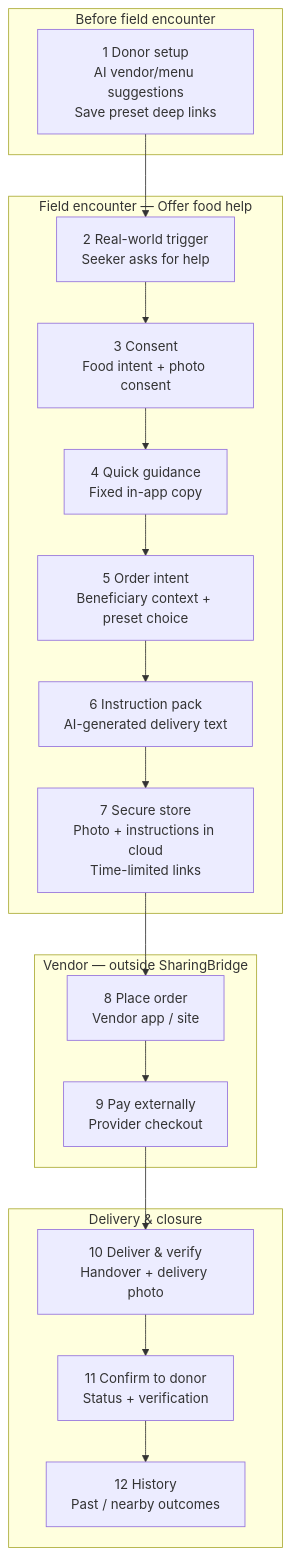
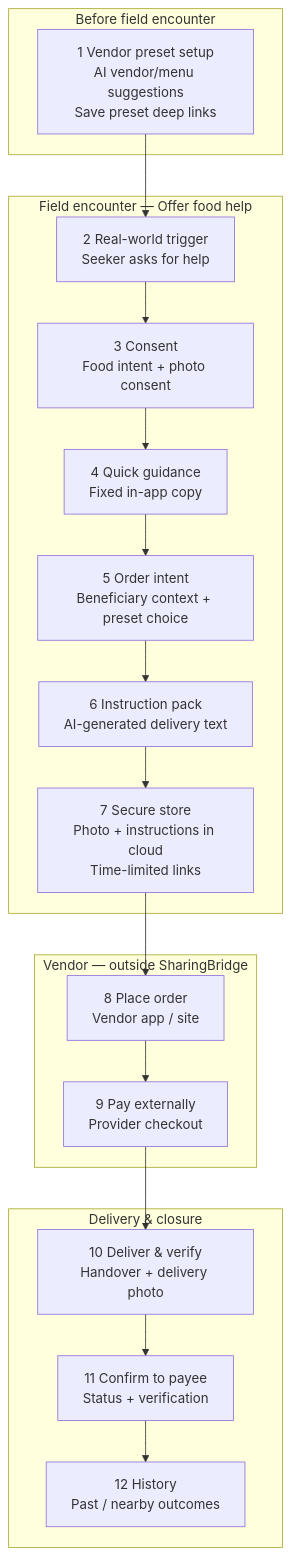
One commit to sharingbridge/sharingbridge changed the first of 4 diagrams in design/SharingBridge_End_to_End_Workflow.md. Above: the diagram before and after it, drawn with Mermaid. The commit also changed other lines of this file and 36 other files, not shown here.

````diff
--- a/design/SharingBridge_End_to_End_Workflow.md
+++ b/design/SharingBridge_End_to_End_Workflow.md
@@ -29,30 +29,30 @@
 ```mermaid
 flowchart TB
   subgraph pre["Before field encounter"]
-    S1["1 Donor setup\nAI vendor/menu suggestions\nSave preset deep links"]
+    S1["1 Vendor preset setup\nAI vendor/menu suggestions\nSave preset deep links"]
   end
 
   subgraph field["Field encounter — Offer food help"]
     S2["2 Real-world trigger\nSeeker asks for help"]
     S3["3 Consent\nFood intent + photo consent"]
     S4["4 Quick guidance\nFixed in-app copy"]
     S5["5 Order intent\nBeneficiary context + preset choice"]
     S6["6 Instruction pack\nAI-generated delivery text"]
     S7["7 Secure store\nPhoto + instructions in cloud\nTime-limited links"]
   end
 
   subgraph vendor["Vendor — outside SharingBridge"]
     S8["8 Place order\nVendor app / site"]
     S9["9 Pay externally\nProvider checkout"]
   end
 
   subgraph delivery["Delivery & closure"]
     S10["10 Deliver & verify\nHandover + delivery photo"]
-    S11["11 Confirm to donor\nStatus + verification"]
+    S11["11 Confirm to payee\nStatus + verification"]
     S12["12 History\nPast / nearby outcomes"]
   end
 
   S1 --> S2
   S2 --> S3 --> S4 --> S5 --> S6 --> S7
   S7 --> S8 --> S9 --> S10 --> S11 --> S12
 ```
````
